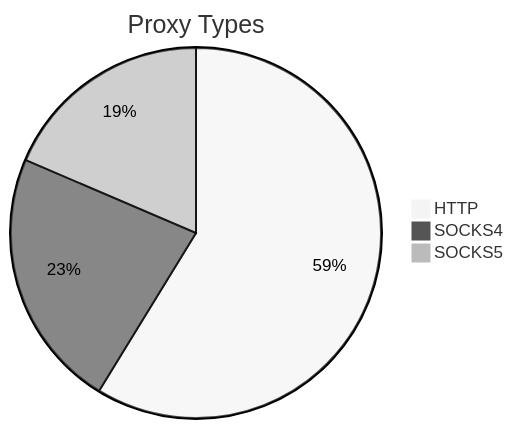
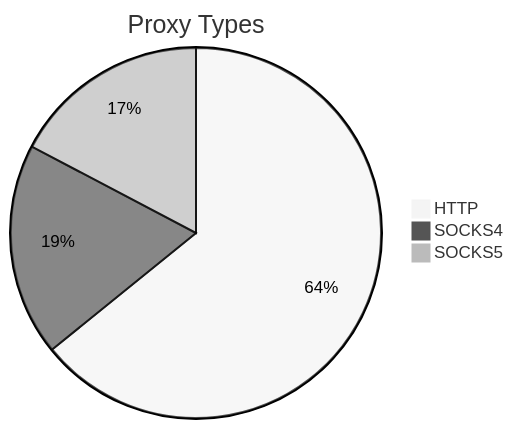
Before and after one commit to stormsia/proxy-list: the first of 2 diagrams in README.md, drawn with Mermaid (neutral theme). The commit also changed other lines of this file, not shown here.

````diff
--- a/README.md
+++ b/README.md
@@ -21,6 +21,6 @@
 ```mermaid
 pie title Proxy Types
-    "HTTP" : 171
-    "SOCKS4" : 66
-    "SOCKS5" : 54
+    "HTTP" : 308
+    "SOCKS4" : 89
+    "SOCKS5" : 83
 ```
````
